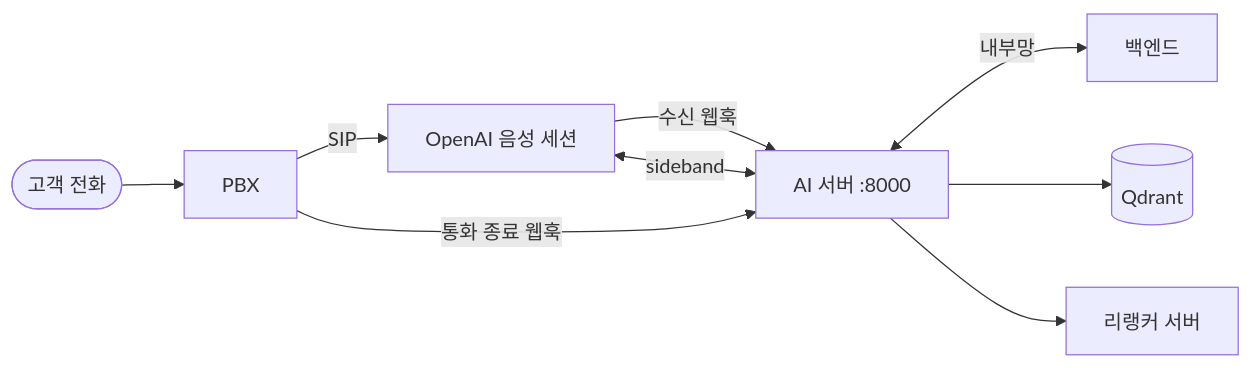
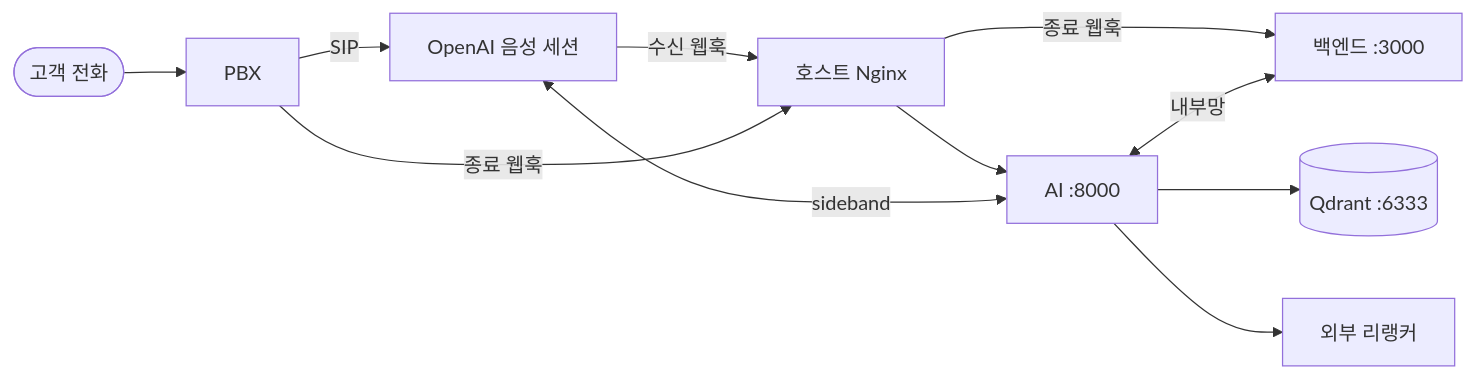
One commit to 42JH/DVA changed the first of 3 diagrams in ai/HANDOVER.md. Above: the diagram before and after it, drawn with Mermaid. The commit also changed other lines of this file and 4 other files, not shown here.

````diff
--- a/ai/HANDOVER.md
+++ b/ai/HANDOVER.md
@@ -69,11 +69,13 @@
 ```mermaid
 flowchart LR
   caller([고객 전화]) --> pbx[PBX]
   pbx -- SIP --> openai[OpenAI 음성 세션]
-  openai -- 수신 웹훅 --> ai[AI 서버 :8000]
-  pbx -- 통화 종료 웹훅 --> ai
-  ai <-- 내부망 --> be[백엔드]
-  ai --> qdrant[(Qdrant)]
-  ai --> reranker[리랭커 서버]
+  openai -- 수신 웹훅 --> proxy[호스트 Nginx]
+  pbx -- 종료 웹훅 --> proxy
+  proxy --> ai[AI :8000]
+  proxy -- 종료 웹훅 --> be[백엔드 :3000]
+  ai <-- 내부망 --> be
+  ai --> qdrant[(Qdrant :6333)]
+  ai --> reranker[외부 리랭커]
   ai <-- sideband --> openai
 ```
````
